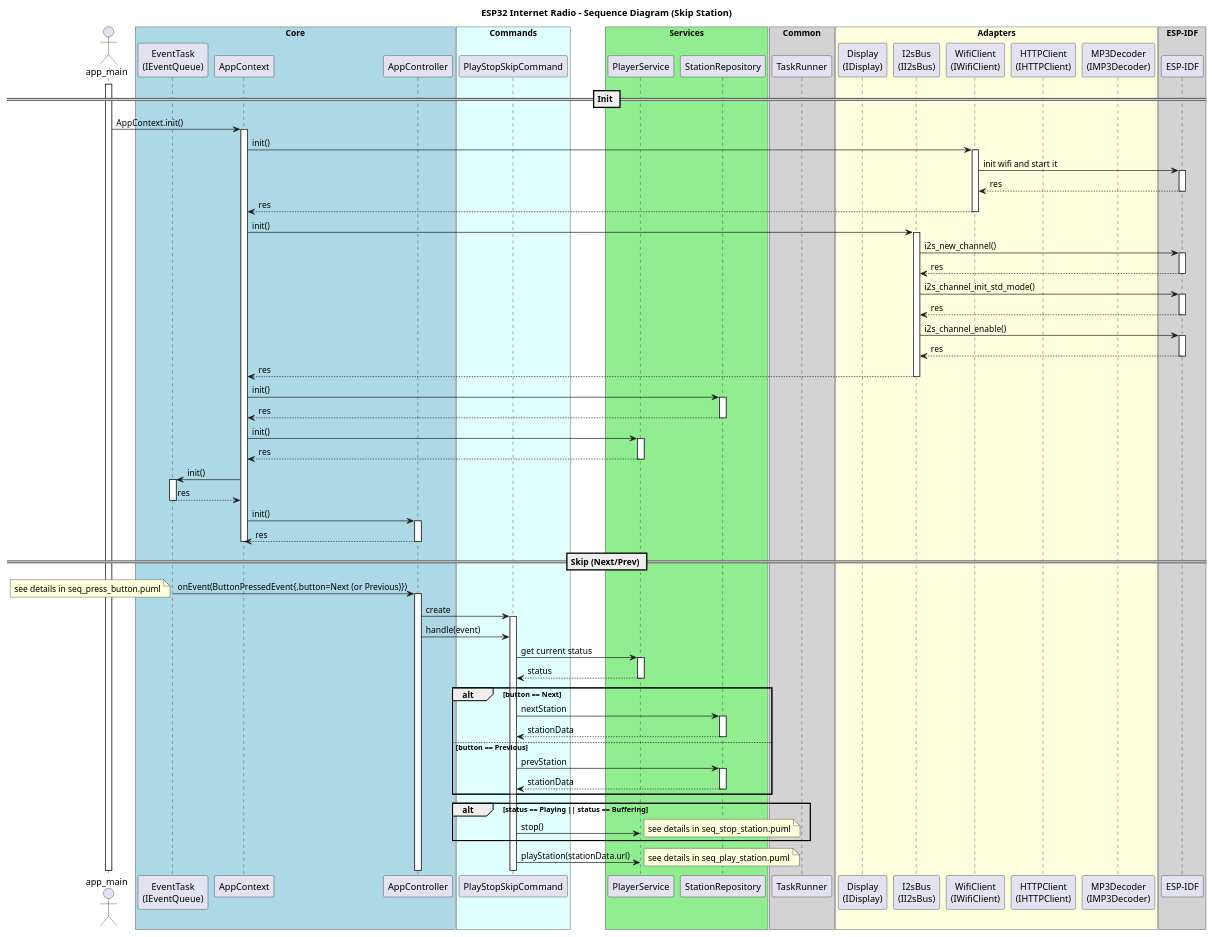
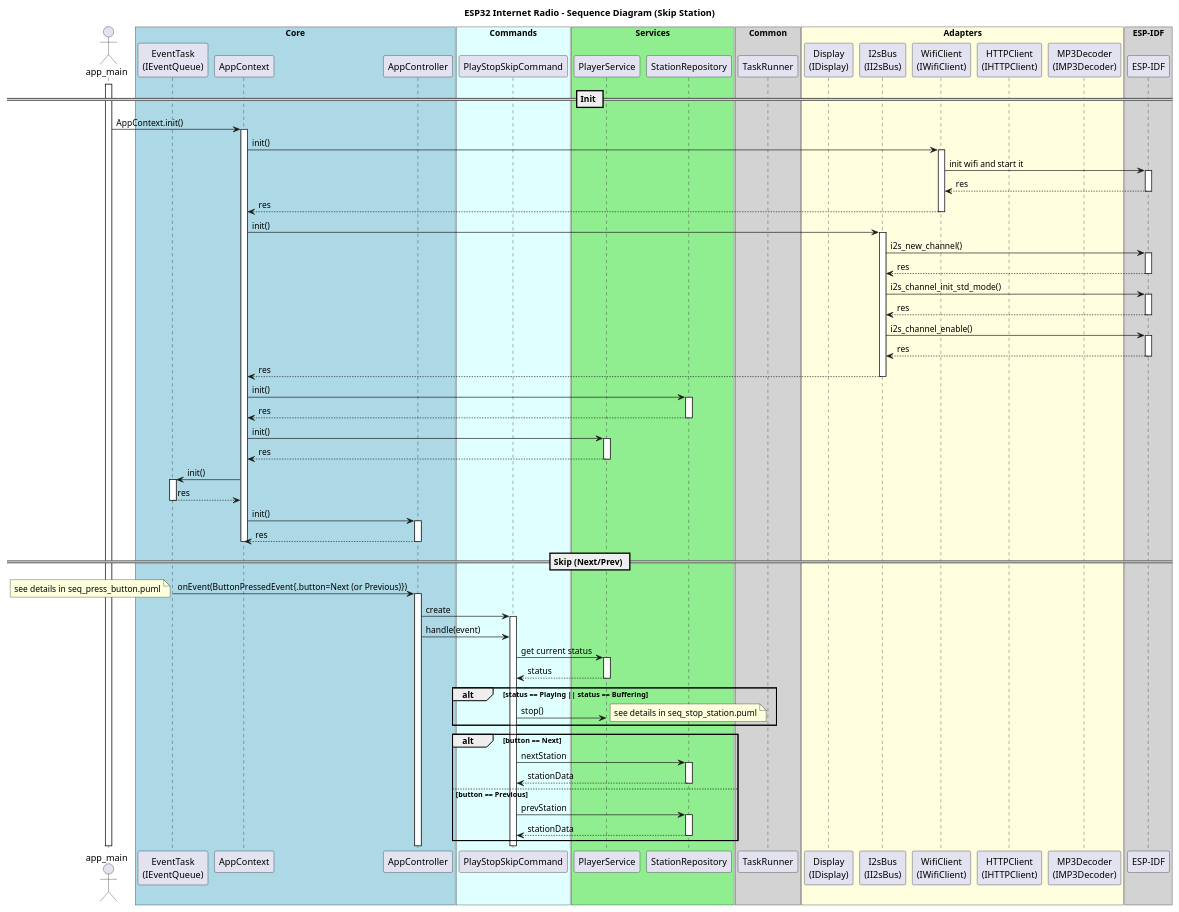
Before and after one commit to ArturChechui/esp_radio: the diagram in docs/diagrams/sequence/seq_skip_station.puml, drawn with PlantUML. The commit also changed 1791 other files, not shown here.

```diff
--- a/docs/diagrams/sequence/seq_skip_station.puml
+++ b/docs/diagrams/sequence/seq_skip_station.puml
@@ -1,95 +1,89 @@
 @startuml seq_skip_station.puml
 title ESP32 Internet Radio - Sequence Diagram (Skip Station)
 
 actor "app_main" as APP
 box "Core" #LightBlue
 participant "EventTask\n(IEventQueue)" as CORETASK
 participant "AppContext" as CTX
 participant "AppController" as CTRL
 end box
 
 box "Commands" #LightCyan
 participant "PlayStopSkipCommand" as CMD
 end box
 
 box "Services" #LightGreen
 participant "PlayerService" as PLSVC
 participant "StationRepository" as REPO
 end box
 
 box "Common" #LightGray
 participant "TaskRunner" as TR
 end box
 
 box "Adapters" #LightYellow
 participant "Display\n(IDisplay)" as DISP
 participant "I2sBus\n(II2sBus)" as I2S
 participant "WifiClient\n(IWifiClient)" as WC
 participant "HTTPClient\n(IHTTPClient)" as HTTP
 participant "MP3Decoder\n(IMP3Decoder)" as MP3D
 end box
 
 
 box "ESP-IDF" #LightGray
 participant "ESP-IDF" as IDF
 end box
 
 == Init ==
 activate APP
 APP -> CTX ++: AppContext.init()
 CTX -> WC ++: init()
 WC -> IDF ++: init wifi and start it
 return res 
 return res 
 
 CTX -> I2S ++: init()
 I2S -> IDF ++: i2s_new_channel()  
 return res
 I2S -> IDF ++: i2s_channel_init_std_mode()
 return res
 I2S -> IDF ++: i2s_channel_enable()
 return res
 return res
 
 CTX -> REPO ++: init()
 return res
 CTX -> PLSVC ++: init()
 return res
 CTX -> CORETASK ++: init()
 return res
 CTX -> CTRL ++: init()
 return res
 deactivate CTX
 
 == Skip (Next/Prev) ==
 CORETASK  -> CTRL ++: onEvent(ButtonPressedEvent{.button=Next (or Previous)})
 note left
 see details in seq_press_button.puml
 end note
 CTRL -> CMD ++: create
 CTRL -> CMD : handle(event)
 CMD -> PLSVC ++: get current status
 return status
 
+alt status == Playing || status == Buffering
+    CMD -> PLSVC: stop()
+    note right
+    see details in seq_stop_station.puml
+    end note
+end
+
 alt button == Next
     CMD -> REPO ++: nextStation
     return stationData
 else button == Previous
     CMD -> REPO ++: prevStation
     return stationData
 end
 
-alt status == Playing || status == Buffering
-    CMD -> PLSVC: stop()
-    note right
-    see details in seq_stop_station.puml
-    end note
-end
-
-CMD -> PLSVC: playStation(stationData.url)
-note right
-see details in seq_play_station.puml
-end note
-
-
 @enduml
```
